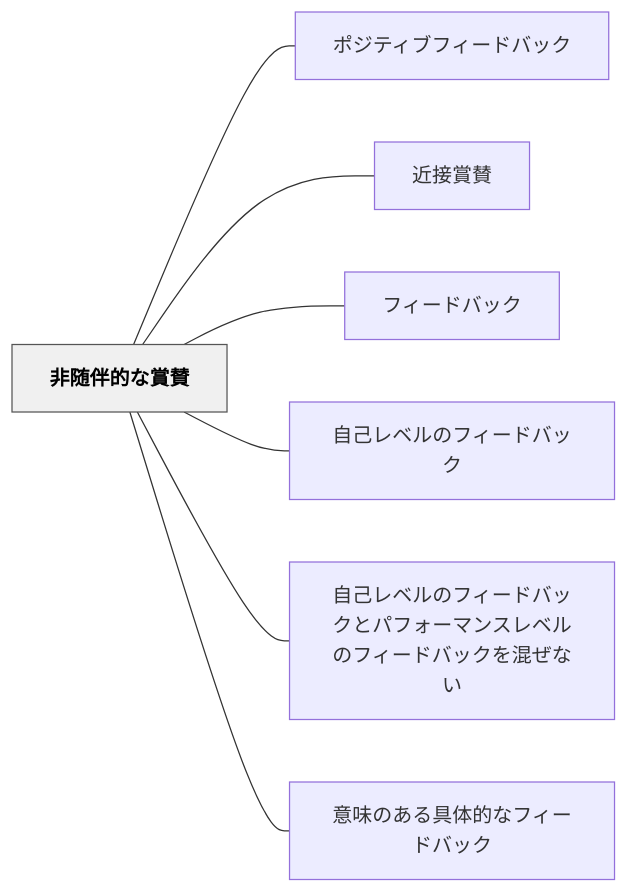
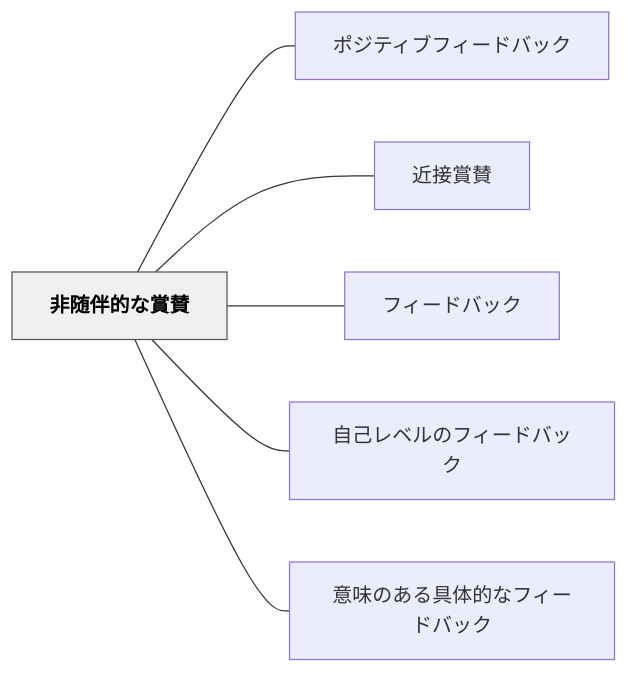
The diagram in content/パタン/非随伴的な賞賛.md (unknownthings-ed-patterns/unknownthings-ed-patterns), drawn with Mermaid before and after one commit. The commit also changed other lines of this file and 72 other files, not shown here.

````diff
--- a/content/パタン/非随伴的な賞賛.md
+++ b/content/パタン/非随伴的な賞賛.md
@@ -57,20 +56,18 @@
 ```mermaid
 flowchart LR
     ne99d9ee99a8fe4bcb4e79a84e381aae8b39ee8b39b["非随伴的な賞賛"]
     ne3839de382b8e38386e382a3e38396e38395e382a3e383bce38389e38390e38383e382af["ポジティブフィードバック"]
     ne8bf91e68ea5e8b39ee8b39b["近接賞賛"]
     ne38395e382a3e383bce38389e38390e38383e382af["フィードバック"]
     ne887aae5b7b1e383ace38399e383abe381aee38395e382a3e383bce38389e38390e38383e382af["自己レベルのフィードバック"]
-    ne887aae5b7b1e383ace38399e383abe381aee38395e382a3e383bce38389e38390e38383e382afe381a8e38391e38395e382a9e383bce3839ee383b3e382b9e383ace38399e383abe381aee38395e382a3e383bce38389e38390e38383e382afe38292e6b7b7e3819ce381aae38184["自己レベルのフィードバックとパフォーマンスレベルのフィードバックを混ぜない"]
     ne6848fe591b3e381aee38182e3828be585b7e4bd93e79a84e381aae38395e382a3e383bce38389e38390e38383e382af["意味のある具体的なフィードバック"]
 
     ne99d9ee99a8fe4bcb4e79a84e381aae8b39ee8b39b --- ne3839de382b8e38386e382a3e38396e38395e382a3e383bce38389e38390e38383e382af
     ne99d9ee99a8fe4bcb4e79a84e381aae8b39ee8b39b --- ne8bf91e68ea5e8b39ee8b39b
     ne99d9ee99a8fe4bcb4e79a84e381aae8b39ee8b39b --- ne38395e382a3e383bce38389e38390e38383e382af
     ne99d9ee99a8fe4bcb4e79a84e381aae8b39ee8b39b --- ne887aae5b7b1e383ace38399e383abe381aee38395e382a3e383bce38389e38390e38383e382af
-    ne99d9ee99a8fe4bcb4e79a84e381aae8b39ee8b39b --- ne887aae5b7b1e383ace38399e383abe381aee38395e382a3e383bce38389e38390e38383e382afe381a8e38391e38395e382a9e383bce3839ee383b3e382b9e383ace38399e383abe381aee38395e382a3e383bce38389e38390e38383e382afe38292e6b7b7e3819ce381aae38184
     ne99d9ee99a8fe4bcb4e79a84e381aae8b39ee8b39b --- ne6848fe591b3e381aee38182e3828be585b7e4bd93e79a84e381aae38395e382a3e383bce38389e38390e38383e382af
 
     classDef hub fill:#f0f0f0,stroke:#555,color:#000,font-weight:bold
     class ne99d9ee99a8fe4bcb4e79a84e381aae8b39ee8b39b hub
 ```
````
